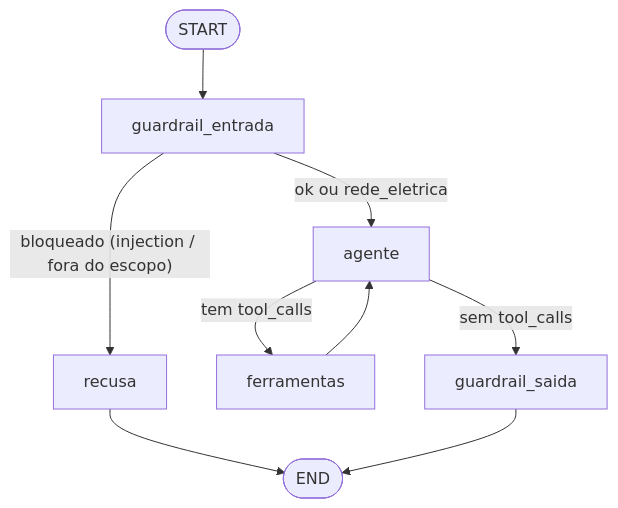
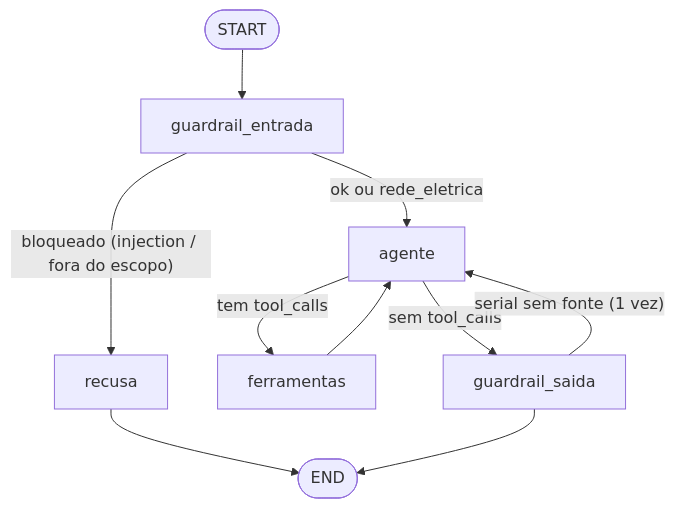
One commit to Jcassio-dev/assistente-bancada changed the diagram in README.md. Above: the diagram before and after it, drawn with Mermaid. The commit also changed other lines of this file and 8 other files, not shown here.

````diff
--- a/README.md
+++ b/README.md
@@ -52,11 +52,12 @@
 ```mermaid
 flowchart TD
     INICIO([START]) --> GE[guardrail_entrada]
     GE -- "bloqueado (injection / fora do escopo)" --> R[recusa]
     R --> FIM([END])
     GE -- "ok ou rede_eletrica" --> A[agente]
     A -- "tem tool_calls" --> F[ferramentas]
     F --> A
     A -- "sem tool_calls" --> GS[guardrail_saida]
+    GS -- "serial sem fonte (1 vez)" --> A
     GS --> FIM
 ```
````
